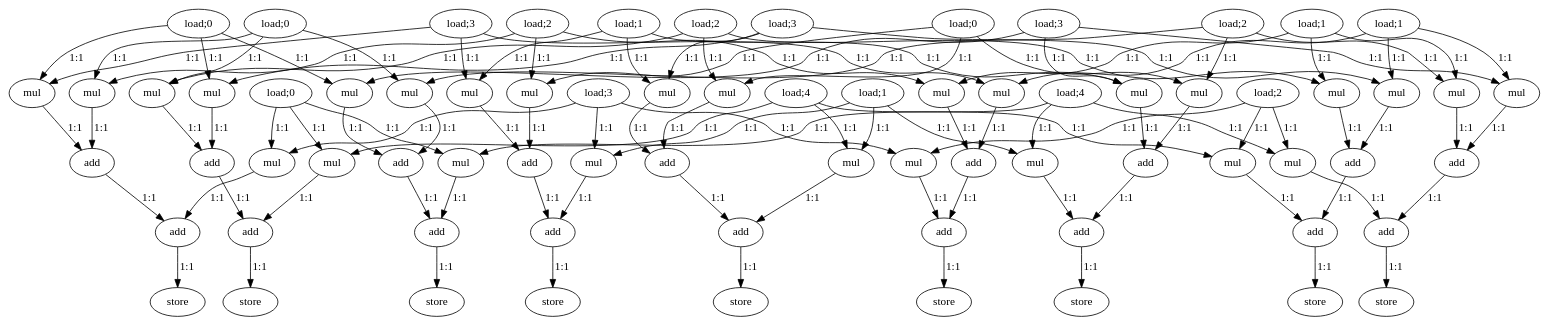
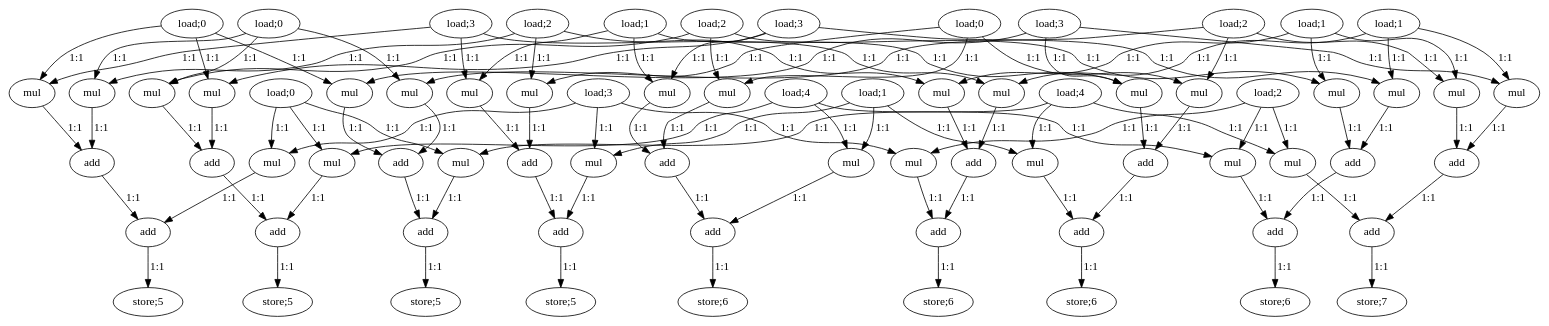
One commit to nikhilsambhus/DFGprop changed the diagram in large_dfgs/MatMul_3x3.dot. Above: the diagram before and after it, drawn with Graphviz. The commit also changed 13 other files, not shown here.

```diff
--- a/large_dfgs/MatMul_3x3.dot
+++ b/large_dfgs/MatMul_3x3.dot
@@ -1,180 +1,180 @@
 digraph MatMul_3x3 {
 
   0 [label="load;0"];
   1 [label="load;0"];
   2 [label="load;0"];
   3 [label="load;0"];
   4 [label="load;1"];
   5 [label="load;1"];
   6 [label="load;1"];
   7 [label="load;1"];
   8 [label="load;2"];
   9 [label="load;2"];
   10 [label="load;2"];
   11 [label="load;2"];
   12 [label="load;3"];
   13 [label="load;3"];
   14 [label="load;3"];
   15 [label="load;3"];
   16 [label="load;4"];
   17 [label="load;4"];
   18 [label="mul"];
   19 [label="mul"];
   20 [label="mul"];
   21 [label="mul"];
   22 [label="mul"];
   23 [label="mul"];
   24 [label="mul"];
   25 [label="mul"];
   26 [label="mul"];
   27 [label="mul"];
   28 [label="mul"];
   29 [label="mul"];
   30 [label="mul"];
   31 [label="mul"];
   32 [label="mul"];
   33 [label="mul"];
   34 [label="mul"];
   35 [label="mul"];
   36 [label="mul"];
   37 [label="mul"];
   38 [label="mul"];
   39 [label="mul"];
   40 [label="mul"];
   41 [label="mul"];
   42 [label="mul"];
   43 [label="mul"];
   44 [label="mul"];
   45 [label="add"];
   46 [label="add"];
   47 [label="add"];
   48 [label="add"];
   49 [label="add"];
   50 [label="add"];
   51 [label="add"];
   52 [label="add"];
   53 [label="add"];
   54 [label="add"];
   55 [label="add"];
   56 [label="add"];
   57 [label="add"];
   58 [label="add"];
   59 [label="add"];
   60 [label="add"];
   61 [label="add"];
   62 [label="add"];
-  63 [label="store"];
-  64 [label="store"];
-  65 [label="store"];
-  66 [label="store"];
-  67 [label="store"];
-  68 [label="store"];
-  69 [label="store"];
-  70 [label="store"];
-  71 [label="store"];
+  63 [label="store;5"];
+  64 [label="store;5"];
+  65 [label="store;5"];
+  66 [label="store;5"];
+  67 [label="store;6"];
+  68 [label="store;6"];
+  69 [label="store;6"];
+  70 [label="store;6"];
+  71 [label="store;7"];
 
 
   0->18 [label="1:1"];
   9->18 [label="1:1"];
   1->19 [label="1:1"];
   12->19 [label="1:1"];
   2->20 [label="1:1"];
   15->20 [label="1:1"];
   0->21 [label="1:1"];
   10->21 [label="1:1"];
   1->22 [label="1:1"];
   13->22 [label="1:1"];
   2->23 [label="1:1"];
   16->23 [label="1:1"];
   0->24 [label="1:1"];
   11->24 [label="1:1"];
   1->25 [label="1:1"];
   14->25 [label="1:1"];
   2->26 [label="1:1"];
   17->26 [label="1:1"];
   3->27 [label="1:1"];
   9->27 [label="1:1"];
   4->28 [label="1:1"];
   12->28 [label="1:1"];
   5->29 [label="1:1"];
   15->29 [label="1:1"];
   3->30 [label="1:1"];
   10->30 [label="1:1"];
   4->31 [label="1:1"];
   13->31 [label="1:1"];
   5->32 [label="1:1"];
   16->32 [label="1:1"];
   3->33 [label="1:1"];
   11->33 [label="1:1"];
   4->34 [label="1:1"];
   14->34 [label="1:1"];
   5->35 [label="1:1"];
   17->35 [label="1:1"];
   6->36 [label="1:1"];
   9->36 [label="1:1"];
   7->37 [label="1:1"];
   12->37 [label="1:1"];
   8->38 [label="1:1"];
   15->38 [label="1:1"];
   6->39 [label="1:1"];
   10->39 [label="1:1"];
   7->40 [label="1:1"];
   13->40 [label="1:1"];
   8->41 [label="1:1"];
   16->41 [label="1:1"];
   6->42 [label="1:1"];
   11->42 [label="1:1"];
   7->43 [label="1:1"];
   14->43 [label="1:1"];
   8->44 [label="1:1"];
   17->44 [label="1:1"];
   18->45 [label="1:1"];
   19->45 [label="1:1"];
   21->46 [label="1:1"];
   22->46 [label="1:1"];
   24->47 [label="1:1"];
   25->47 [label="1:1"];
   27->48 [label="1:1"];
   28->48 [label="1:1"];
   30->49 [label="1:1"];
   31->49 [label="1:1"];
   33->50 [label="1:1"];
   34->50 [label="1:1"];
   36->51 [label="1:1"];
   37->51 [label="1:1"];
   39->52 [label="1:1"];
   40->52 [label="1:1"];
   42->53 [label="1:1"];
   43->53 [label="1:1"];
   20->54 [label="1:1"];
   45->54 [label="1:1"];
   23->55 [label="1:1"];
   46->55 [label="1:1"];
   26->56 [label="1:1"];
   47->56 [label="1:1"];
   29->57 [label="1:1"];
   48->57 [label="1:1"];
   32->58 [label="1:1"];
   49->58 [label="1:1"];
   35->59 [label="1:1"];
   50->59 [label="1:1"];
   38->60 [label="1:1"];
   51->60 [label="1:1"];
   41->61 [label="1:1"];
   52->61 [label="1:1"];
   44->62 [label="1:1"];
   53->62 [label="1:1"];
 
   54->63 [label="1:1"];
   55->64 [label="1:1"];
   56->65 [label="1:1"];
   57->66 [label="1:1"];
   58->67 [label="1:1"];
   59->68 [label="1:1"];
   60->69 [label="1:1"];
   61->70 [label="1:1"];
   62->71 [label="1:1"];
 
 
  
 }
```
